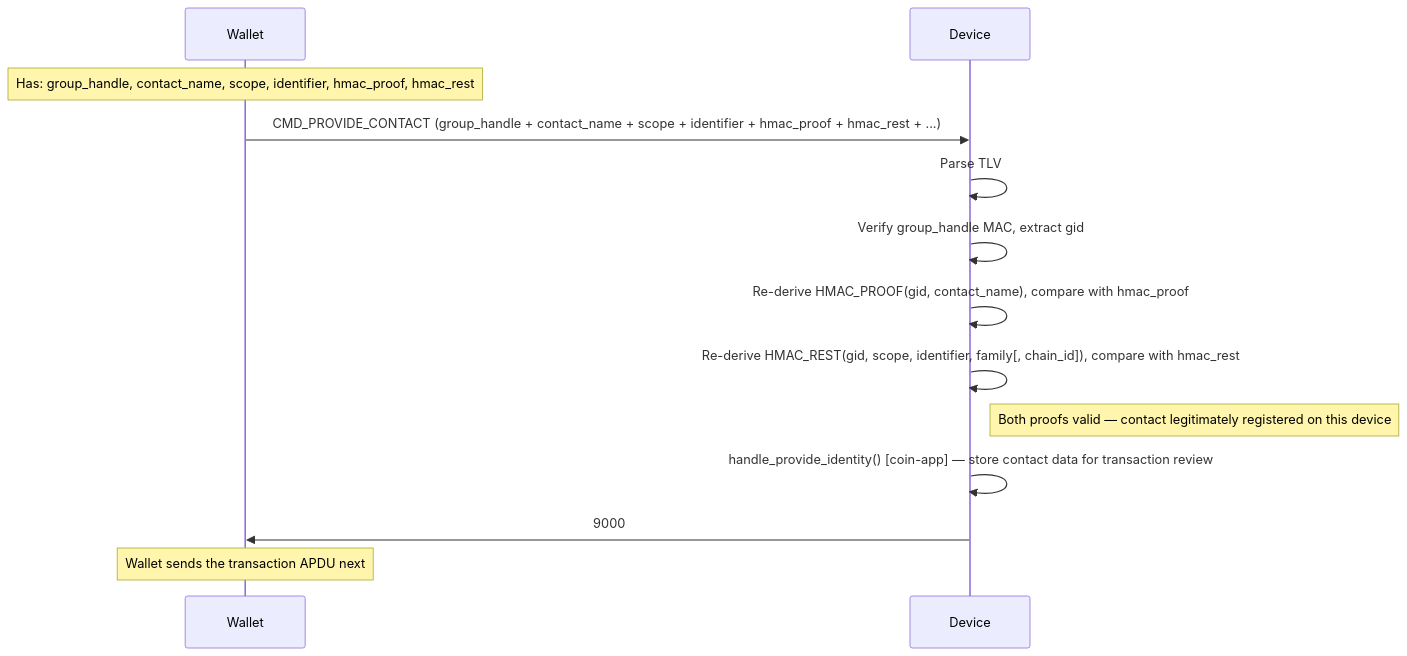
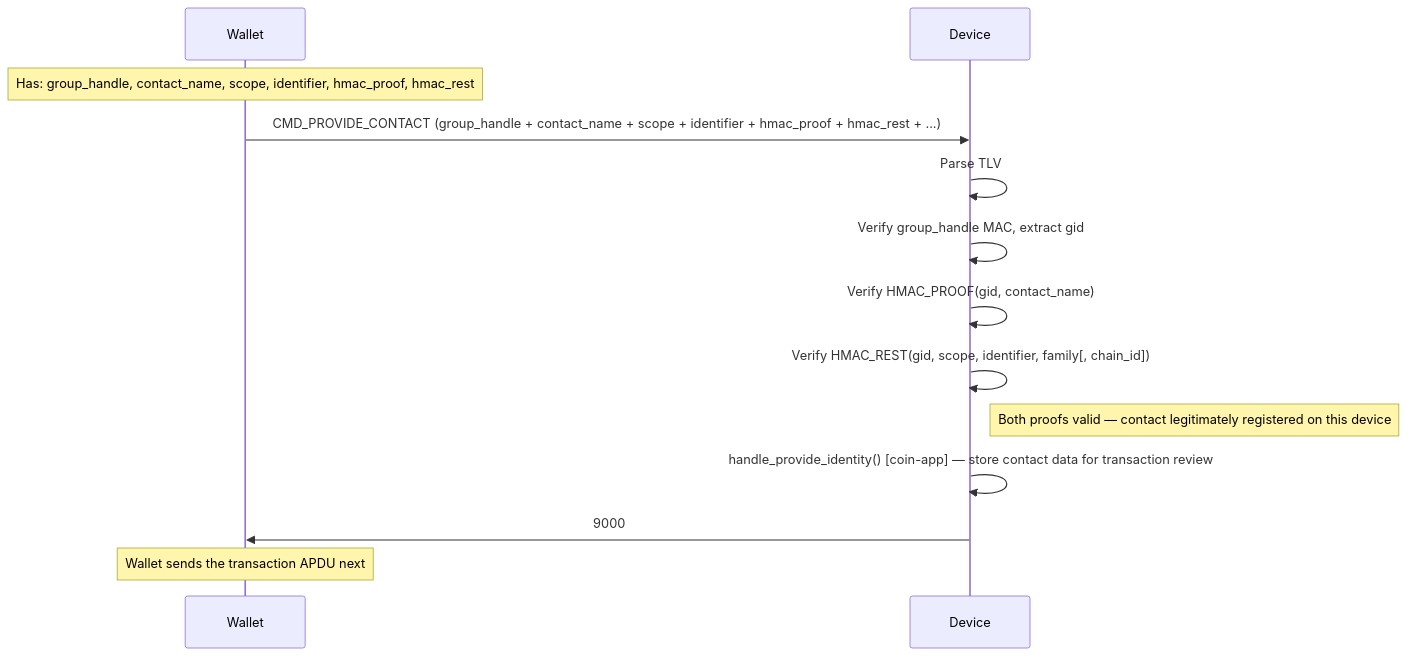
The ninth of 10 diagrams in app_features/address_book/doc/address_book_spec.md (LedgerHQ/ledger-secure-sdk), drawn with Mermaid before and after one commit. The commit also changed other lines of this file and 1 other file, not shown here.

````diff
--- a/app_features/address_book/doc/address_book_spec.md
+++ b/app_features/address_book/doc/address_book_spec.md
@@ -654,14 +652,14 @@
 ```mermaid
 sequenceDiagram
 
     Note over Wallet: Has: group_handle, contact_name, scope, identifier, hmac_proof, hmac_rest
     Wallet->>Device: CMD_PROVIDE_CONTACT (group_handle + contact_name + scope + identifier + hmac_proof + hmac_rest + ...)
     Device->>Device: Parse TLV
     Device->>Device: Verify group_handle MAC, extract gid
-    Device->>Device: Re-derive HMAC_PROOF(gid, contact_name), compare with hmac_proof
-    Device->>Device: Re-derive HMAC_REST(gid, scope, identifier, family[, chain_id]), compare with hmac_rest
+    Device->>Device: Verify HMAC_PROOF(gid, contact_name)
+    Device->>Device: Verify HMAC_REST(gid, scope, identifier, family[, chain_id])
     Note right of Device: Both proofs valid — contact legitimately registered on this device
     Device->>Device: handle_provide_identity() [coin-app] — store contact data for transaction review
     Device->>Wallet: 9000
     Note over Wallet: Wallet sends the transaction APDU next
 ```
````
